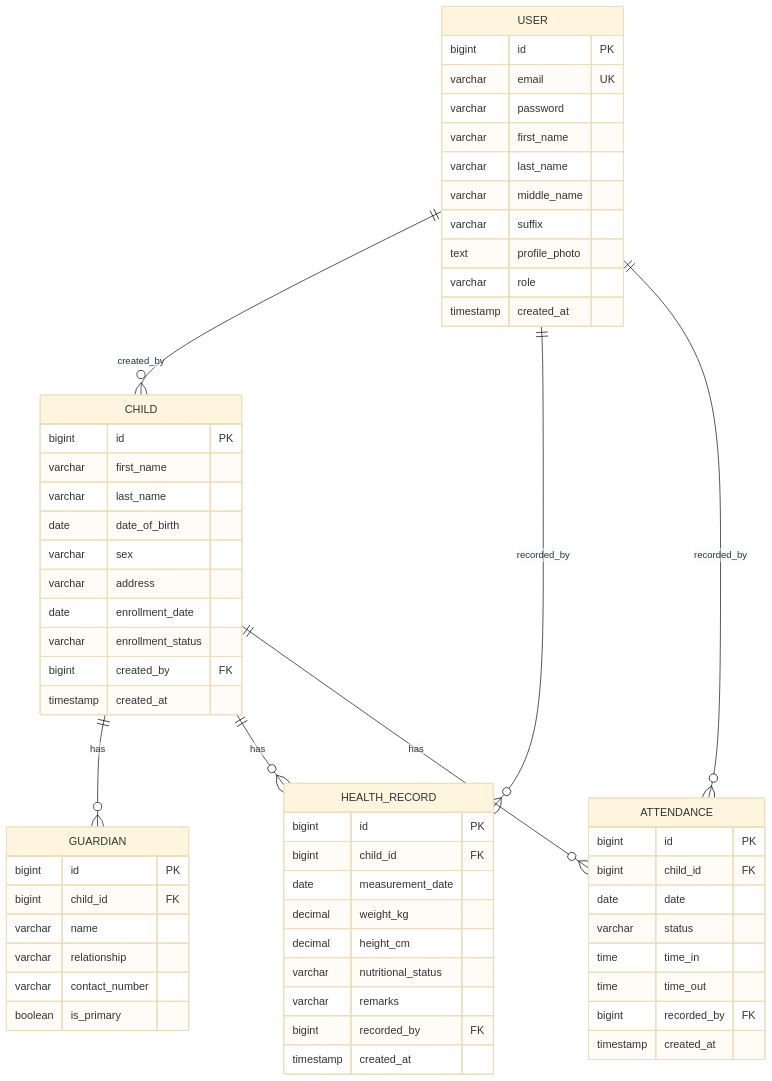
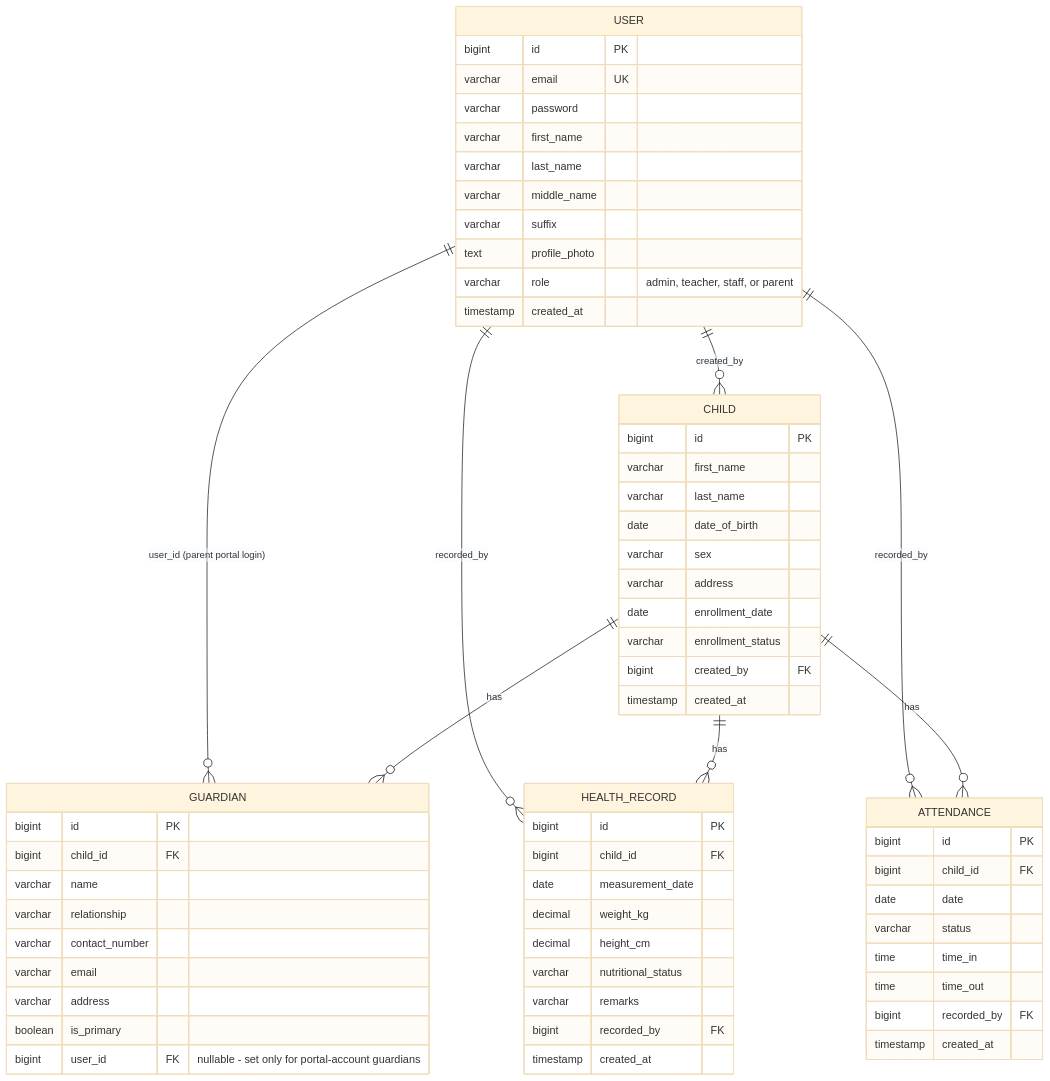
Before and after one commit to earl1605/daycarelog: the second of 4 diagrams in docs/SRS_v2.1_revised.md, drawn with Mermaid (base theme). The commit also changed other lines of this file and 2 other files, not shown here.

First line of the commit message:
docs: update SRS and READMEs for Parent/Guardian portal and RBAC changes

````diff
--- a/docs/SRS_v2.1_revised.md
+++ b/docs/SRS_v2.1_revised.md
@@ -243,63 +265,67 @@
 ```mermaid
 erDiagram
     USER {
         bigint id PK
         varchar email UK
         varchar password
         varchar first_name
         varchar last_name
         varchar middle_name
         varchar suffix
         text profile_photo
-        varchar role
+        varchar role "admin, teacher, staff, or parent"
         timestamp created_at
     }
     CHILD {
         bigint id PK
         varchar first_name
         varchar last_name
         date date_of_birth
         varchar sex
         varchar address
         date enrollment_date
         varchar enrollment_status
         bigint created_by FK
         timestamp created_at
     }
     GUARDIAN {
         bigint id PK
         bigint child_id FK
         varchar name
         varchar relationship
         varchar contact_number
+        varchar email
+        varchar address
         boolean is_primary
+        bigint user_id FK "nullable - set only for portal-account guardians"
     }
     HEALTH_RECORD {
         bigint id PK
         bigint child_id FK
         date measurement_date
         decimal weight_kg
         decimal height_cm
         varchar nutritional_status
         varchar remarks
         bigint recorded_by FK
         timestamp created_at
     }
     ATTENDANCE {
         bigint id PK
         bigint child_id FK
         date date
         varchar status
         time time_in
         time time_out
         bigint recorded_by FK
         timestamp created_at
     }
 
     USER       ||--o{ CHILD         : "created_by"
     USER       ||--o{ HEALTH_RECORD : "recorded_by"
     USER       ||--o{ ATTENDANCE    : "recorded_by"
+    USER       ||--o{ GUARDIAN      : "user_id (parent portal login)"
     CHILD      ||--o{ GUARDIAN      : "has"
     CHILD      ||--o{ HEALTH_RECORD : "has"
     CHILD      ||--o{ ATTENDANCE    : "has"
 ```
````
